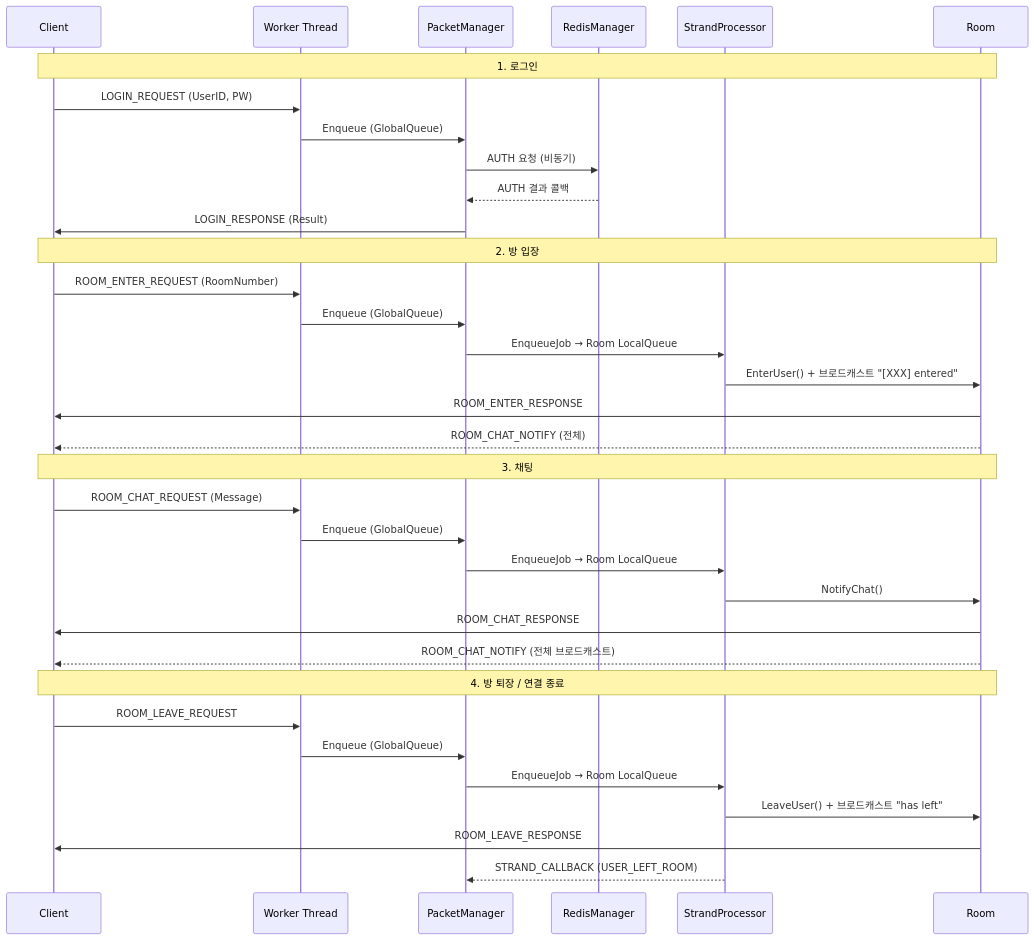
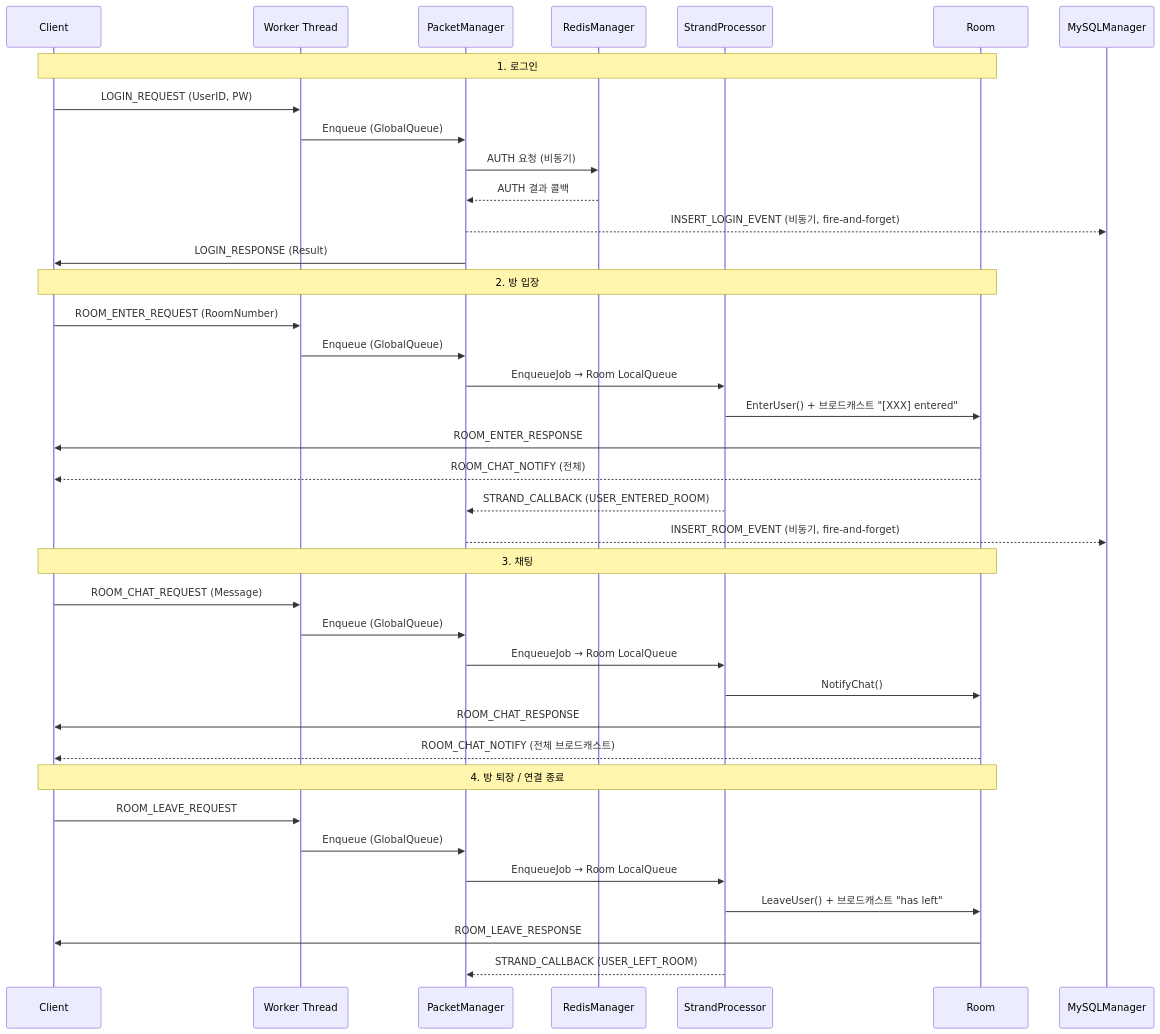
One commit to kanghyoungwoo/IOCP changed the fourth of 5 diagrams in README.md. Above: the diagram before and after it, drawn with Mermaid.

Commit message:
전체 사용 흐름 수정
mysql 추가

````diff
--- a/README.md
+++ b/README.md
@@ -251,40 +251,44 @@
 ```mermaid
 sequenceDiagram
     participant C as Client
     participant W as Worker Thread
     participant PM as PacketManager
     participant Redis as RedisManager
     participant SP as StrandProcessor
     participant R as Room
+    participant MySQL as MySQLManager
 
     Note over C,R: 1. 로그인
     C->>W: LOGIN_REQUEST (UserID, PW)
     W->>PM: Enqueue (GlobalQueue)
     PM->>Redis: AUTH 요청 (비동기)
     Redis-->>PM: AUTH 결과 콜백
+    PM-->>MySQL: INSERT_LOGIN_EVENT (비동기, fire-and-forget)
     PM->>C: LOGIN_RESPONSE (Result)
 
     Note over C,R: 2. 방 입장
     C->>W: ROOM_ENTER_REQUEST (RoomNumber)
     W->>PM: Enqueue (GlobalQueue)
     PM->>SP: EnqueueJob → Room LocalQueue
     SP->>R: EnterUser() + 브로드캐스트 "[XXX] entered"
     R->>C: ROOM_ENTER_RESPONSE
     R-->>C: ROOM_CHAT_NOTIFY (전체)
+    SP-->>PM: STRAND_CALLBACK (USER_ENTERED_ROOM)
+    PM-->>MySQL: INSERT_ROOM_EVENT (비동기, fire-and-forget)
 
     Note over C,R: 3. 채팅
     C->>W: ROOM_CHAT_REQUEST (Message)
     W->>PM: Enqueue (GlobalQueue)
     PM->>SP: EnqueueJob → Room LocalQueue
     SP->>R: NotifyChat()
     R->>C: ROOM_CHAT_RESPONSE
     R-->>C: ROOM_CHAT_NOTIFY (전체 브로드캐스트)
 
     Note over C,R: 4. 방 퇴장 / 연결 종료
     C->>W: ROOM_LEAVE_REQUEST
     W->>PM: Enqueue (GlobalQueue)
     PM->>SP: EnqueueJob → Room LocalQueue
     SP->>R: LeaveUser() + 브로드캐스트 "has left"
     R->>C: ROOM_LEAVE_RESPONSE
     SP-->>PM: STRAND_CALLBACK (USER_LEFT_ROOM)
 ```
````
